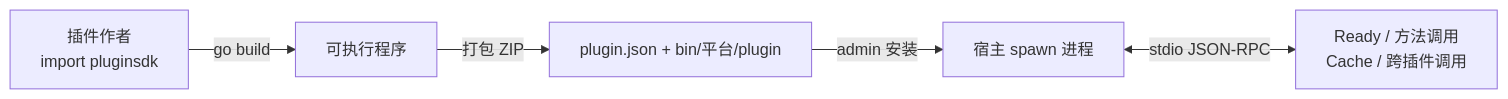
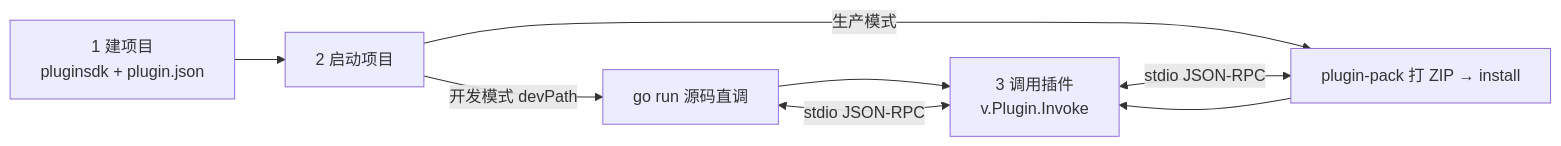
One commit to vera-byte/vgo changed the diagram in docs/guides/plugin-dev.mdx. Above: the diagram before and after it, drawn with Mermaid. The commit also changed other lines of this file and 2 other files, not shown here.

First line of the commit message:
插件开发教程三阶段重写，插件列表展示 devPath

````diff
--- a/docs/guides/plugin-dev.mdx
+++ b/docs/guides/plugin-dev.mdx
@@ -12,7 +14,10 @@
 ```mermaid
 flowchart LR
-    A[插件作者<br/>import pluginsdk] -->|go build| B[可执行程序]
-    B -->|打包 ZIP| C[plugin.json + bin/平台/plugin]
-    C -->|admin 安装| D[宿主 spawn 进程]
-    D <-->|stdio JSON-RPC| E[Ready / 方法调用<br/>Cache / 跨插件调用]
+    A[1 建项目<br/>pluginsdk + plugin.json] --> B[2 启动项目]
+    B -->|开发模式 devPath| C[go run 源码直调]
+    B -->|生产模式| D[plugin-pack 打 ZIP → install]
+    C --> E[3 调用插件<br/>v.Plugin.Invoke]
+    D --> E
+    E <-->|stdio JSON-RPC| C
+    E <-->|stdio JSON-RPC| D
 ```
````
